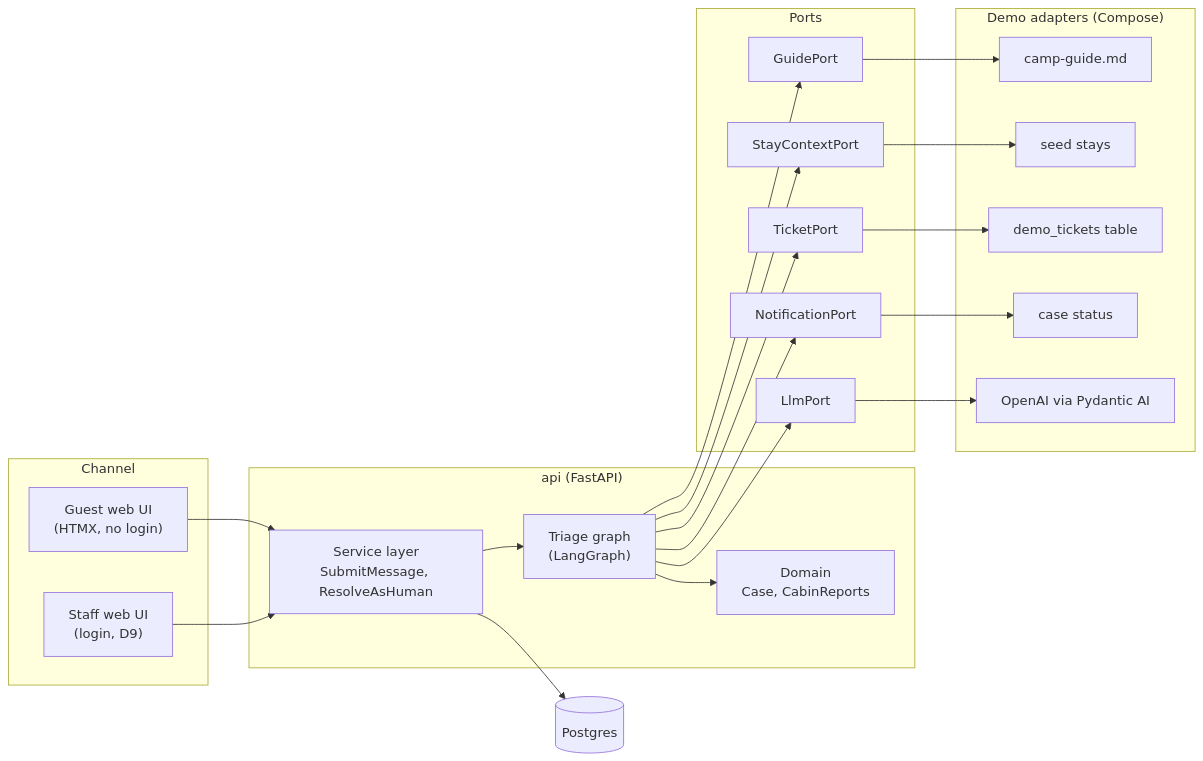
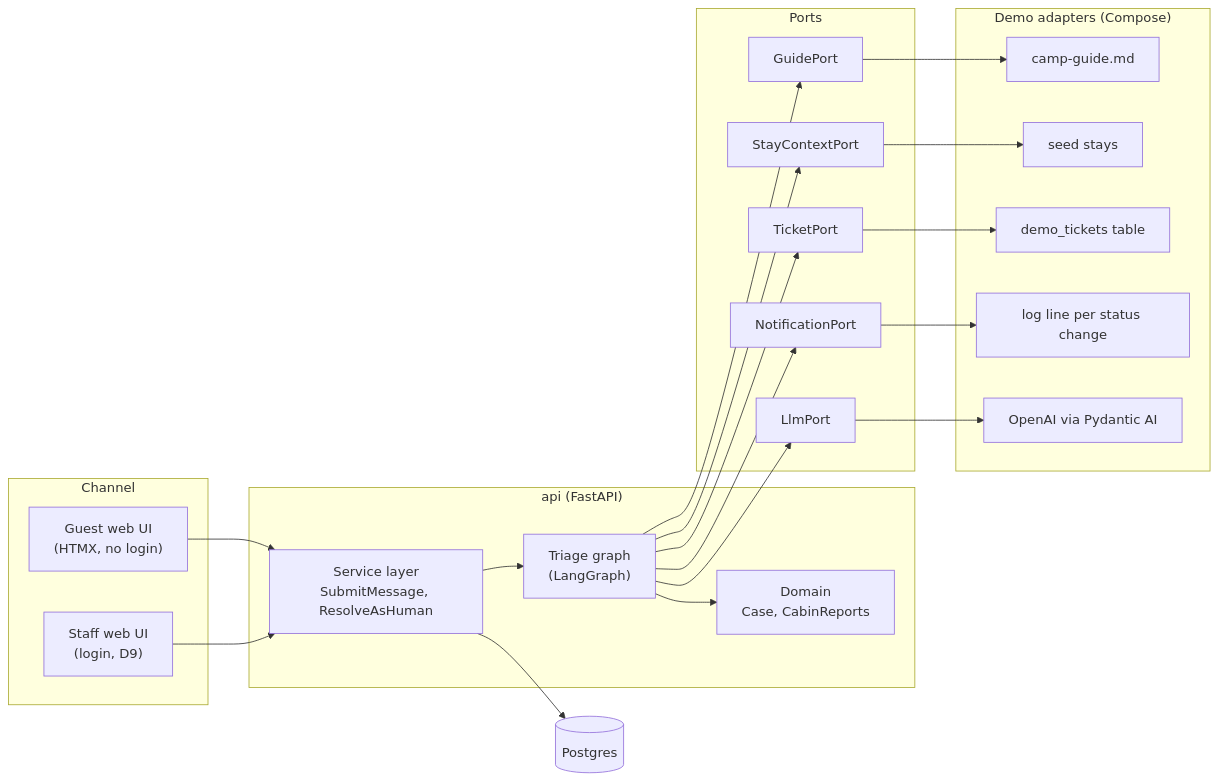
One commit to nish1013/camp-guest-ai-agent changed the first of 7 diagrams in docs/architecture.md. Above: the diagram before and after it, drawn with Mermaid. The commit also changed other lines of this file and 52 other files, not shown here.

Commit message:
Guest status page: case link, live status, desk hours, add-or-new prompt, quick picks (#12)

````diff
--- a/docs/architecture.md
+++ b/docs/architecture.md
@@ -9,36 +9,36 @@
 ```mermaid
 flowchart LR
   subgraph Channel
     Guest["Guest web UI<br/>(HTMX, no login)"]
     Staff["Staff web UI<br/>(login, D9)"]
   end
   subgraph App["api (FastAPI)"]
     Service["Service layer<br/>SubmitMessage, ResolveAsHuman"]
     Graph["Triage graph<br/>(LangGraph)"]
     Domain["Domain<br/>Case, CabinReports"]
   end
   subgraph Ports
     GuidePort
     StayContextPort
     TicketPort
     NotificationPort
     LlmPort
   end
   subgraph Demo["Demo adapters (Compose)"]
     GuideMd["camp-guide.md"]
     SeedStays["seed stays"]
     DemoTickets["demo_tickets table"]
-    CaseStatus["case status"]
+    StatusLog["log line per status change"]
     OpenAI["OpenAI via Pydantic AI"]
   end
   Guest --> Service
   Staff --> Service
   Service --> Graph
   Graph --> Domain
   Graph --> GuidePort --> GuideMd
   Graph --> StayContextPort --> SeedStays
   Graph --> TicketPort --> DemoTickets
-  Graph --> NotificationPort --> CaseStatus
+  Graph --> NotificationPort --> StatusLog
   Graph --> LlmPort --> OpenAI
   Service --> DB[("Postgres")]
 ```
````
